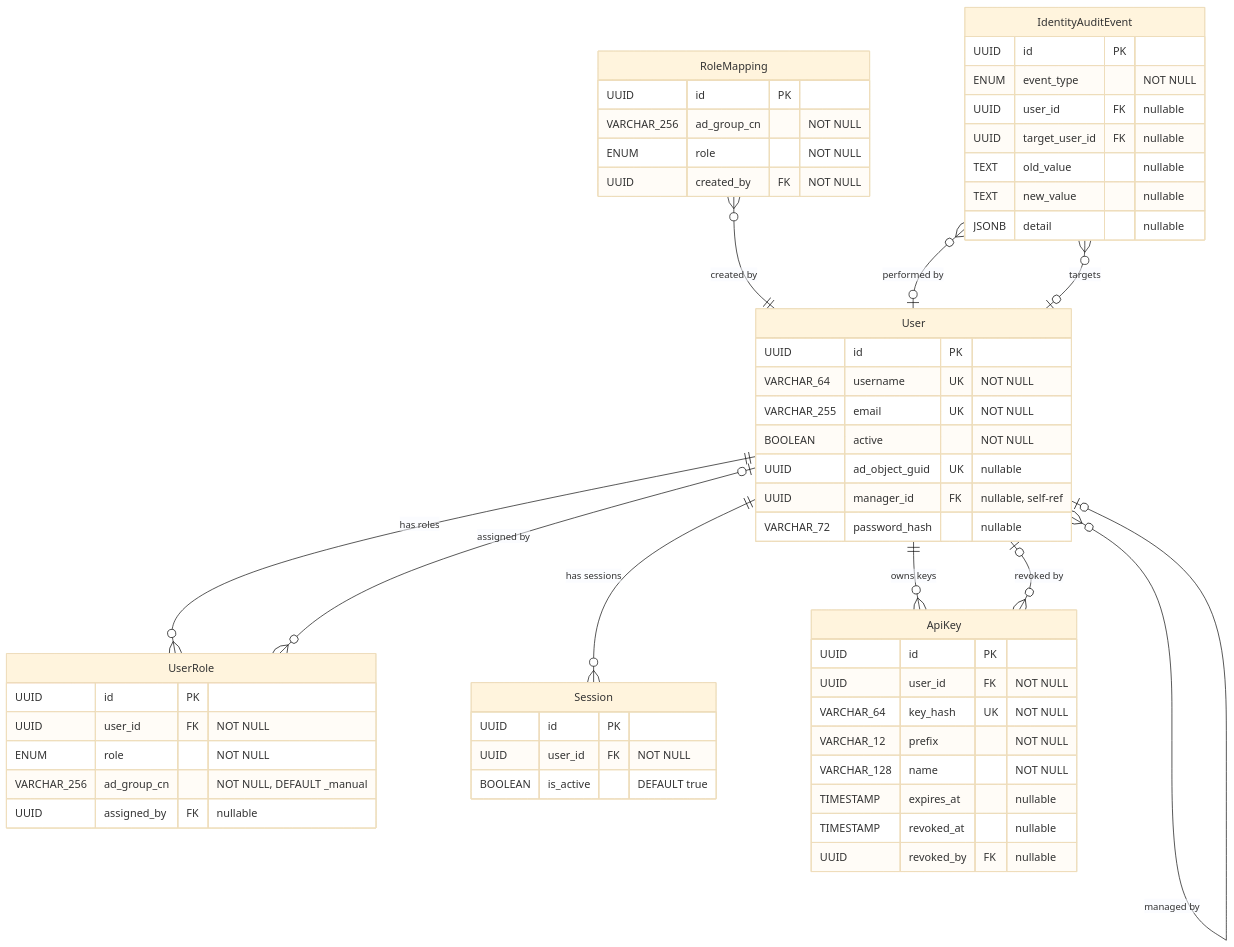
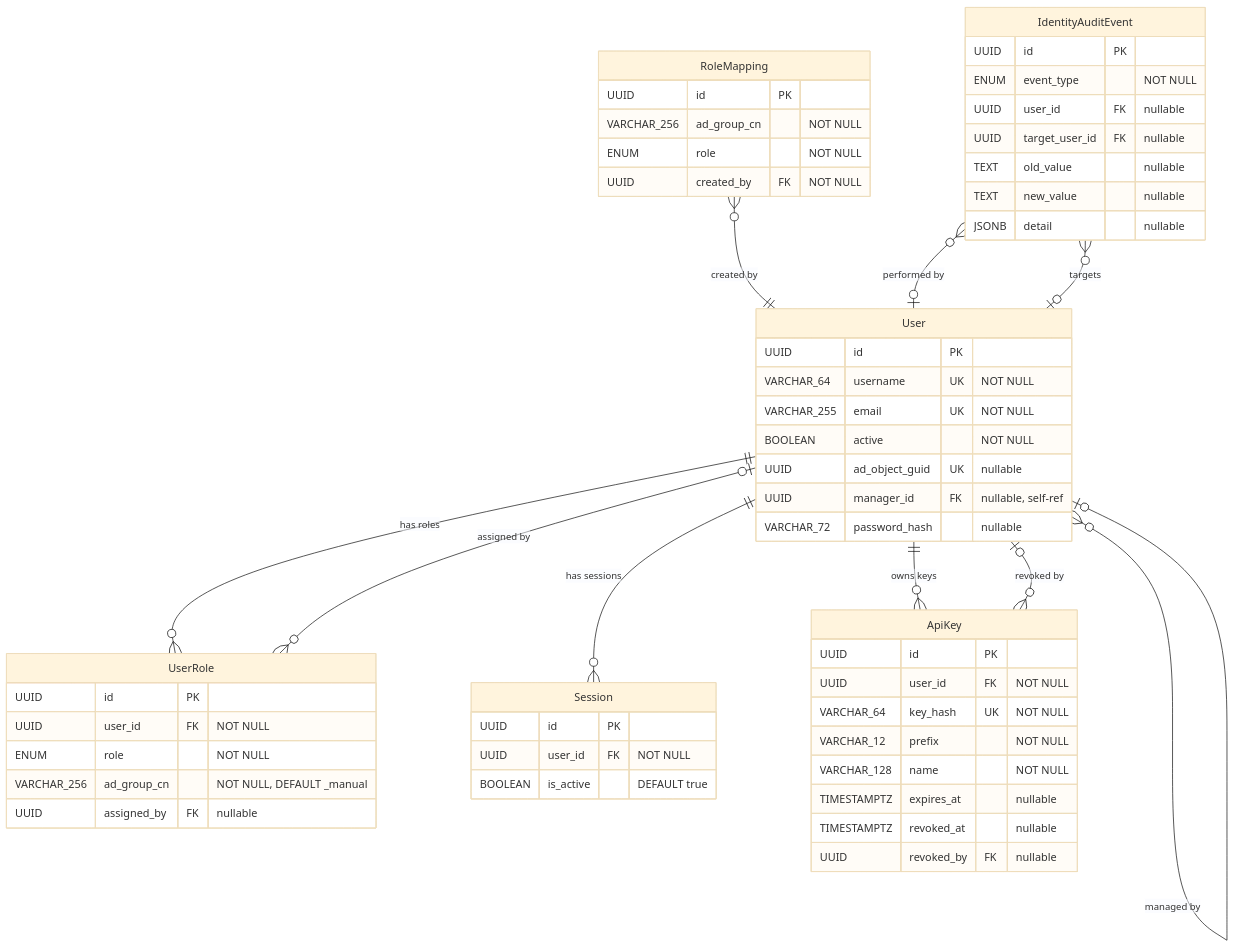
One commit to StayPirate/STAMP changed the fourth of 6 diagrams in docs/data-model.md. Above: the diagram before and after it, drawn with Mermaid (base theme). The commit also changed other lines of this file and 11 other files, not shown here.

````diff
--- a/docs/data-model.md
+++ b/docs/data-model.md
@@ -188,59 +188,59 @@
 ```mermaid
 erDiagram
     User {
         UUID id PK
         VARCHAR_64 username UK "NOT NULL"
         VARCHAR_255 email UK "NOT NULL"
         BOOLEAN active "NOT NULL"
         UUID ad_object_guid UK "nullable"
         UUID manager_id FK "nullable, self-ref"
         VARCHAR_72 password_hash "nullable"
     }
     UserRole {
         UUID id PK
         UUID user_id FK "NOT NULL"
         ENUM role "NOT NULL"
         VARCHAR_256 ad_group_cn "NOT NULL, DEFAULT _manual"
         UUID assigned_by FK "nullable"
     }
     RoleMapping {
         UUID id PK
         VARCHAR_256 ad_group_cn "NOT NULL"
         ENUM role "NOT NULL"
         UUID created_by FK "NOT NULL"
     }
     Session {
         UUID id PK
         UUID user_id FK "NOT NULL"
         BOOLEAN is_active "DEFAULT true"
     }
     ApiKey {
         UUID id PK
         UUID user_id FK "NOT NULL"
         VARCHAR_64 key_hash UK "NOT NULL"
         VARCHAR_12 prefix "NOT NULL"
         VARCHAR_128 name "NOT NULL"
-        TIMESTAMP expires_at "nullable"
-        TIMESTAMP revoked_at "nullable"
+        TIMESTAMPTZ expires_at "nullable"
+        TIMESTAMPTZ revoked_at "nullable"
         UUID revoked_by FK "nullable"
     }
     IdentityAuditEvent {
         UUID id PK
         ENUM event_type "NOT NULL"
         UUID user_id FK "nullable"
         UUID target_user_id FK "nullable"
         TEXT old_value "nullable"
         TEXT new_value "nullable"
         JSONB detail "nullable"
     }
 
     User ||--o{ UserRole : "has roles"
     User ||--o{ Session : "has sessions"
     User ||--o{ ApiKey : "owns keys"
     User }o--o| User : "managed by"
     UserRole }o--o| User : "assigned by"
     RoleMapping }o--|| User : "created by"
     ApiKey }o--o| User : "revoked by"
     IdentityAuditEvent }o--o| User : "performed by"
     IdentityAuditEvent }o--o| User : "targets"
 ```
````
